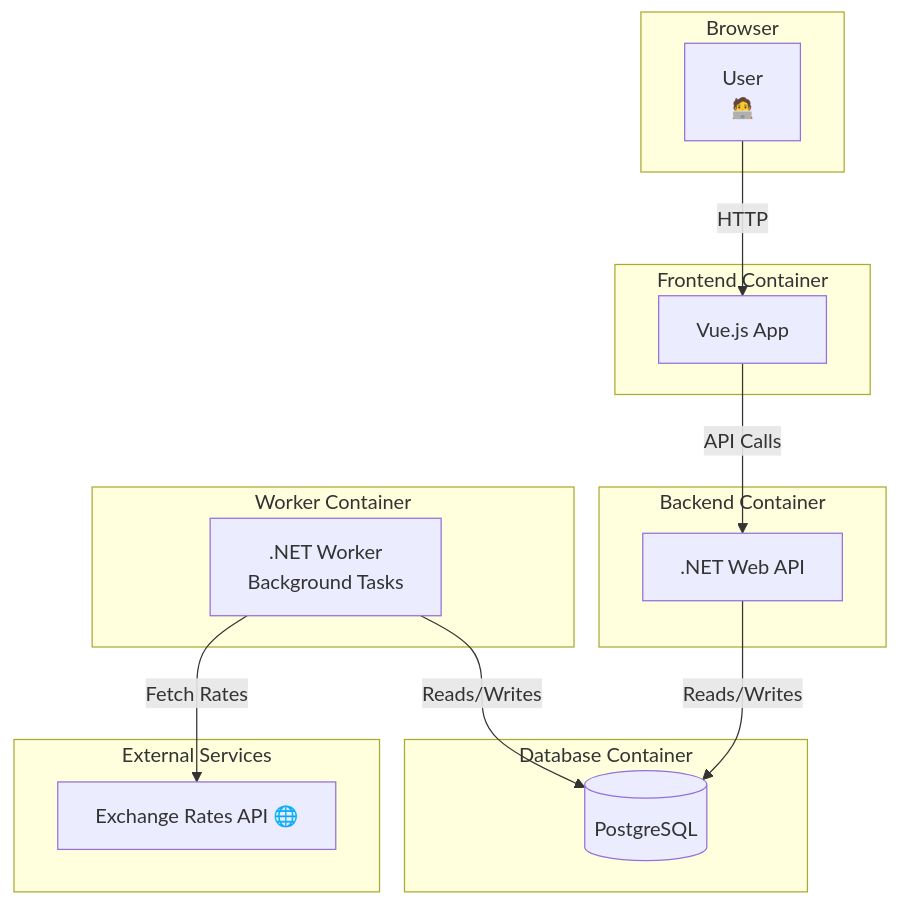
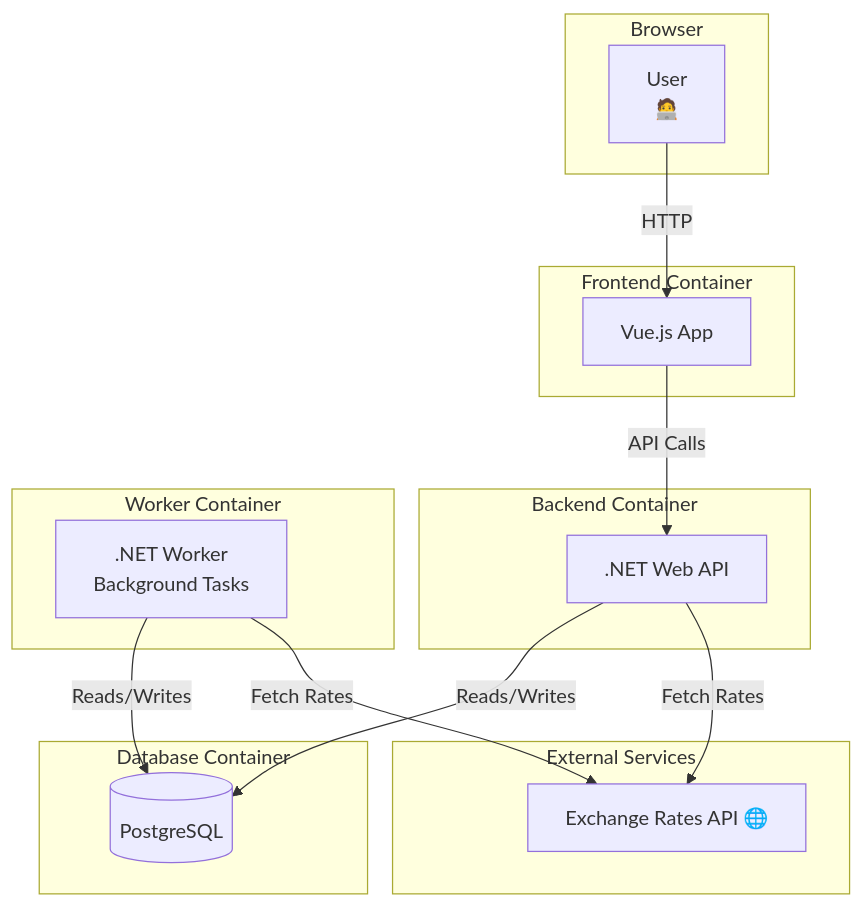
One commit to Vinicius-Evangelista/CurrencyTracker changed the diagram in README.md. Above: the diagram before and after it, drawn with Mermaid.

Commit message:
docs: fix web api calls

````diff
--- a/README.md
+++ b/README.md
@@ -8,33 +8,35 @@
 ```mermaid
 %%{init: {'theme': 'default'}}%%
 graph TB
   subgraph Browser
     A[User <br/> 🧑‍💻] 
   end
 
   subgraph Frontend Container
     B[Vue.js App]
   end
 
   subgraph Backend Container
     C[.NET Web API]
   end
 
   subgraph Worker Container
     D[.NET Worker <br/> Background Tasks]
   end
 
   subgraph Database Container
     E[(PostgreSQL)]
   end
 
   subgraph External Services
     F[Exchange Rates API 🌐]
   end
 
   A -->|HTTP| B
   B -->|API Calls| C
   C -->|Reads/Writes| E
   D -->|Reads/Writes| E
   D -->|Fetch Rates| F
+  C -->|Fetch Rates| F
+
 ```
````
